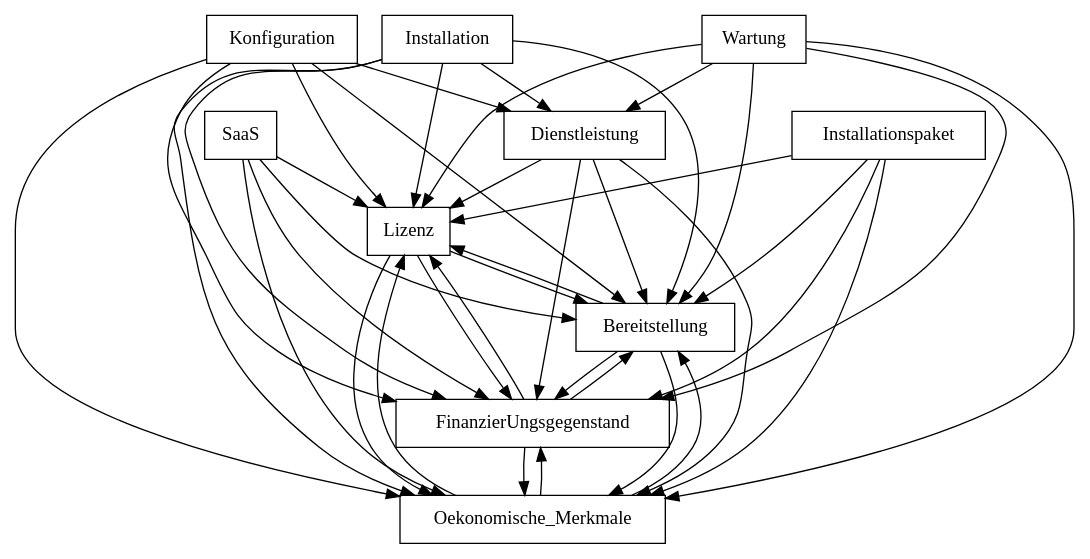
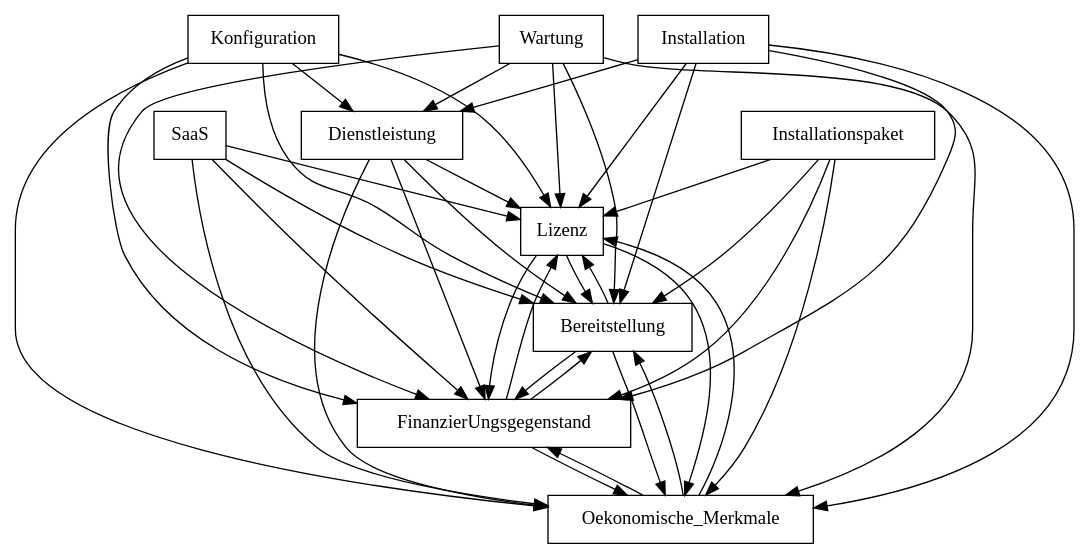
Before and after one commit to FAMILIAR-project/familiar-language: the diagram in FAMILIAR/output/SPLOT-big/fm_55_model_20101117_1571856147.xml.dot, drawn with Graphviz. The commit also changed 69 other files, not shown here.

```diff
--- a/FAMILIAR/output/SPLOT-big/fm_55_model_20101117_1571856147.xml.dot
+++ b/FAMILIAR/output/SPLOT-big/fm_55_model_20101117_1571856147.xml.dot
@@ -1,54 +1,54 @@
 digraph{
 graph [rankdir=TB];
 node [shape=box];
 edge [arrowhead=normal];
 0[label="Konfiguration",]
 1[label="Dienstleistung",]
 2[label="SaaS",]
 3[label="Lizenz",]
 4[label="Bereitstellung",]
-5[label="Oekonomische_Merkmale",]
-6[label="Installationspaket",]
+5[label="Installationspaket",]
+6[label="Oekonomische_Merkmale",]
 7[label="FinanzierUngsgegenstand",]
 8[label="Wartung",]
 9[label="Installation",]
 0->1[label="",]
 0->3[label="",]
 0->4[label="",]
-0->5[label="",]
+0->6[label="",]
 0->7[label="",]
 1->3[label="",]
 1->4[label="",]
-1->5[label="",]
+1->6[label="",]
 1->7[label="",]
 2->3[label="",]
 2->4[label="",]
-2->5[label="",]
+2->6[label="",]
 2->7[label="",]
 3->4[label="",]
-3->5[label="",]
+3->6[label="",]
 3->7[label="",]
 4->3[label="",]
-4->5[label="",]
+4->6[label="",]
 4->7[label="",]
 5->3[label="",]
 5->4[label="",]
+5->6[label="",]
 5->7[label="",]
 6->3[label="",]
 6->4[label="",]
-6->5[label="",]
 6->7[label="",]
 7->3[label="",]
 7->4[label="",]
-7->5[label="",]
+7->6[label="",]
 8->1[label="",]
 8->3[label="",]
 8->4[label="",]
-8->5[label="",]
+8->6[label="",]
 8->7[label="",]
 9->1[label="",]
 9->3[label="",]
 9->4[label="",]
-9->5[label="",]
+9->6[label="",]
 9->7[label="",]
 }
```
